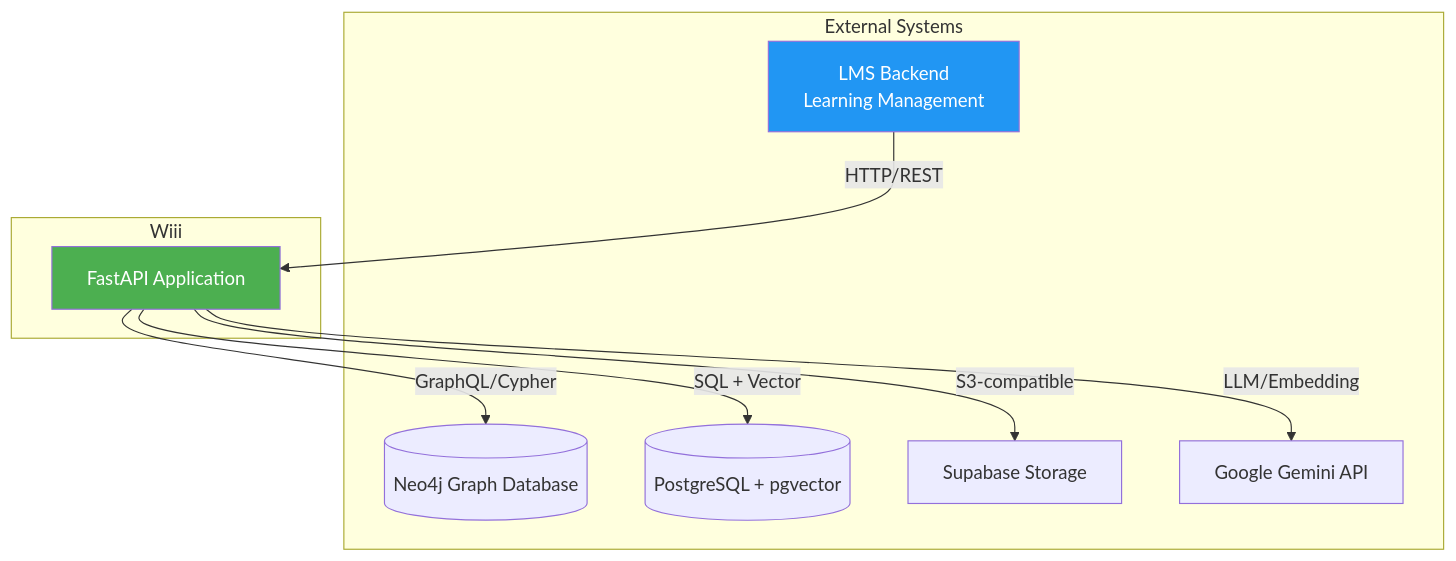
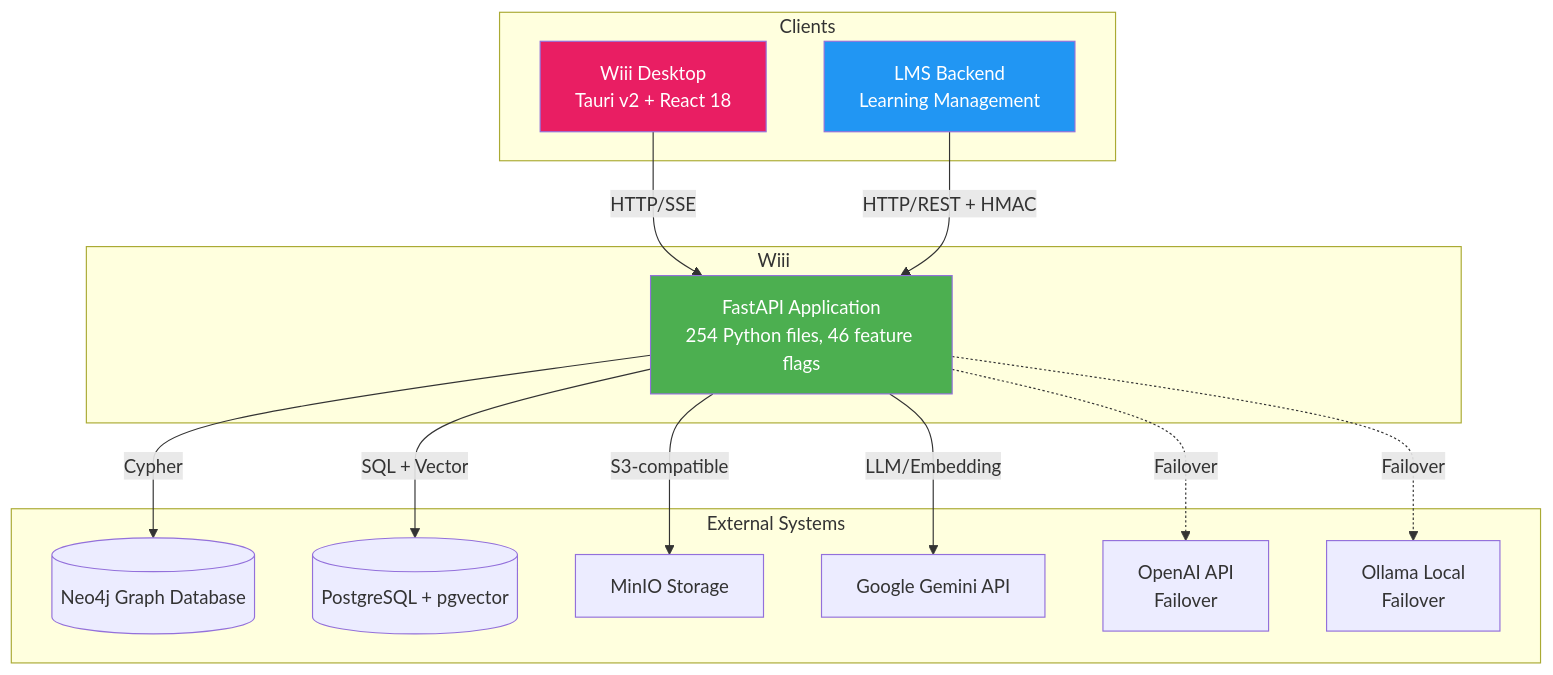
The first of 12 diagrams in maritime-ai-service/docs/architecture/FOLDER_MAP.md (meiiie/wiii), drawn with Mermaid before and after one commit. The commit also changed other lines of this file and 175 other files, not shown here.

````diff
--- a/maritime-ai-service/docs/architecture/FOLDER_MAP.md
+++ b/maritime-ai-service/docs/architecture/FOLDER_MAP.md
@@ -27,23 +27,33 @@
 ```mermaid
 graph TB
+    subgraph "Clients"
+        Desktop[Wiii Desktop<br/>Tauri v2 + React 18]
+        LMS[LMS Backend<br/>Learning Management]
+    end
+
     subgraph "External Systems"
-        LMS[LMS Backend<br/>Learning Management]
         Neo4j[(Neo4j Graph Database)]
         Postgres[(PostgreSQL + pgvector)]
-        Supabase[Supabase Storage]
+        MinIO[MinIO Storage]
         Gemini[Google Gemini API]
+        OpenAI[OpenAI API<br/>Failover]
+        Ollama[Ollama Local<br/>Failover]
     end
-    
+
     subgraph "Wiii"
-        API[FastAPI Application]
+        API[FastAPI Application<br/>254 Python files, 46 feature flags]
     end
-    
-    LMS -->|HTTP/REST| API
-    API -->|GraphQL/Cypher| Neo4j
+
+    Desktop -->|HTTP/SSE| API
+    LMS -->|HTTP/REST + HMAC| API
+    API -->|Cypher| Neo4j
     API -->|SQL + Vector| Postgres
-    API -->|S3-compatible| Supabase
+    API -->|S3-compatible| MinIO
     API -->|LLM/Embedding| Gemini
-    
+    API -.->|Failover| OpenAI
+    API -.->|Failover| Ollama
+
     style API fill:#4CAF50,color:white
+    style Desktop fill:#E91E63,color:white
     style LMS fill:#2196F3,color:white
 ```
````
